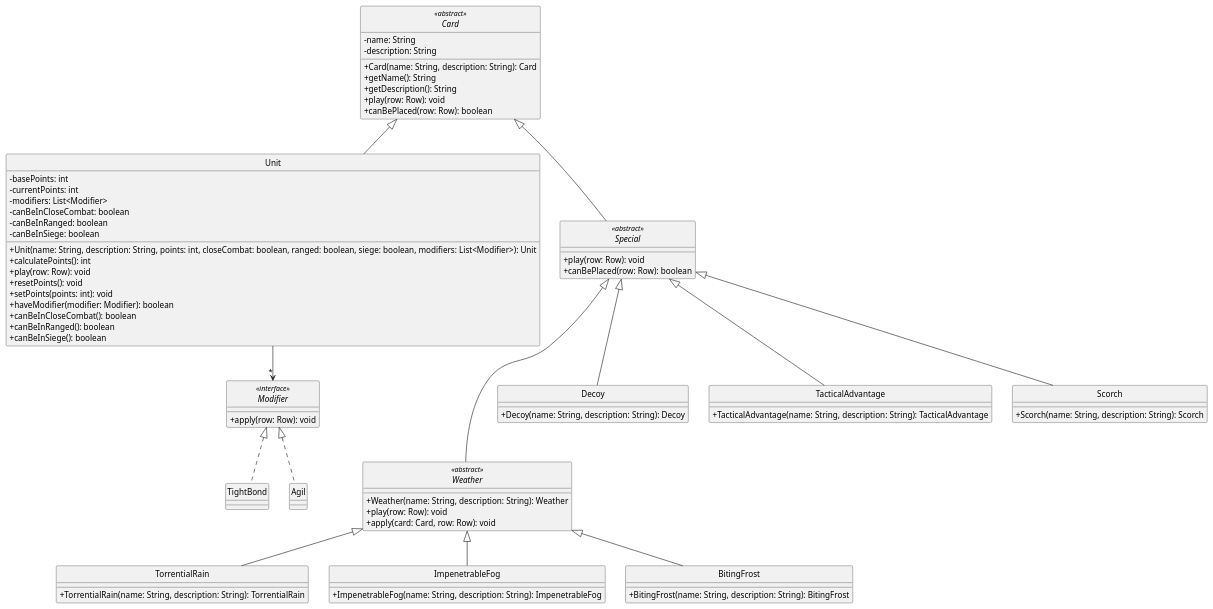
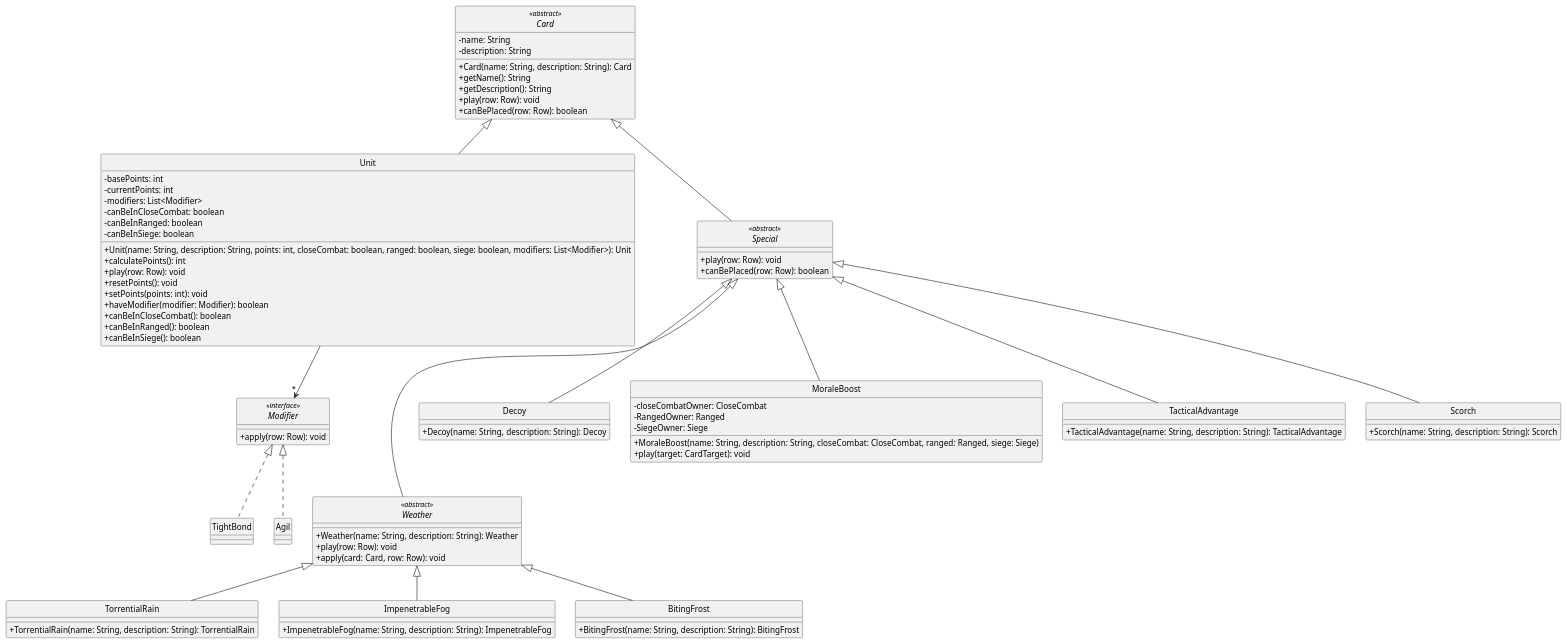
Before and after one commit to Yonhir/algo3_proyecto_base_tp2: the diagram in diagrams/classes/cards.plantuml, drawn with PlantUML. The commit also changed 3 other files, not shown here.

```diff
--- a/diagrams/classes/cards.plantuml
+++ b/diagrams/classes/cards.plantuml
@@ -1,105 +1,114 @@
 @startuml
 
 skinparam monochrome true
 hide circle
 skinparam classAttributeIconSize 0
 
 ' =====================
 ' CARD HIERARCHY
 ' =====================
 
 abstract class Card <<abstract>> {
   -name: String
   -description: String
   +Card(name: String, description: String): Card
   +getName(): String
   +getDescription(): String
   +play(row: Row): void
   +canBePlaced(row: Row): boolean
 }
 
 class Unit {
   -basePoints: int
   -currentPoints: int
   -modifiers: List<Modifier>
   -canBeInCloseCombat: boolean
   -canBeInRanged: boolean
   -canBeInSiege: boolean
   +Unit(name: String, description: String, points: int, closeCombat: boolean, ranged: boolean, siege: boolean, modifiers: List<Modifier>): Unit
   +calculatePoints(): int
   +play(row: Row): void
   +resetPoints(): void
   +setPoints(points: int): void
   +haveModifier(modifier: Modifier): boolean
   +canBeInCloseCombat(): boolean
   +canBeInRanged(): boolean
   +canBeInSiege(): boolean
 }
 
 abstract class Special <<abstract>> {
   +play(row: Row): void
   +canBePlaced(row: Row): boolean
 }
 
 abstract class Weather <<abstract>> {
   +Weather(name: String, description: String): Weather
   +play(row: Row): void
   +apply(card: Card, row: Row): void
 }
 
 class TorrentialRain {
   +TorrentialRain(name: String, description: String): TorrentialRain
 }
 
 class ImpenetrableFog {
   +ImpenetrableFog(name: String, description: String): ImpenetrableFog
 }
 
 class BitingFrost {
   +BitingFrost(name: String, description: String): BitingFrost
 }
 
 class Decoy {
   +Decoy(name: String, description: String): Decoy
 }
 
+class MoraleBoost{
+  -closeCombatOwner: CloseCombat
+  -RangedOwner: Ranged
+  -SiegeOwner: Siege
+  +MoraleBoost(name: String, description: String, closeCombat: CloseCombat, ranged: Ranged, siege: Siege)
+  +play(target: CardTarget): void
+}
+
 class TacticalAdvantage {
   +TacticalAdvantage(name: String, description: String): TacticalAdvantage
 }
 
 class Scorch {
   +Scorch(name: String, description: String): Scorch
 }
 
 interface Modifier <<interface>> {
   +apply(row: Row): void
 }
 
 class TightBond {
 }
 
 class Agil {
 }
 
 ' =====================
 ' RELATIONSHIPS
 ' =====================
 
 Card <|-- Unit
 Card <|-- Special
 
 Unit --> "*" Modifier
 
 Modifier <|.. TightBond
 Modifier <|.. Agil
 
 Special <|-- Decoy
 Special <|-- TacticalAdvantage
 Special <|-- Scorch
+Special <|-- MoraleBoost
 Special <|--- Weather
 
 Weather <|-- TorrentialRain
 Weather <|-- ImpenetrableFog
 Weather <|-- BitingFrost
 
 @enduml
```
